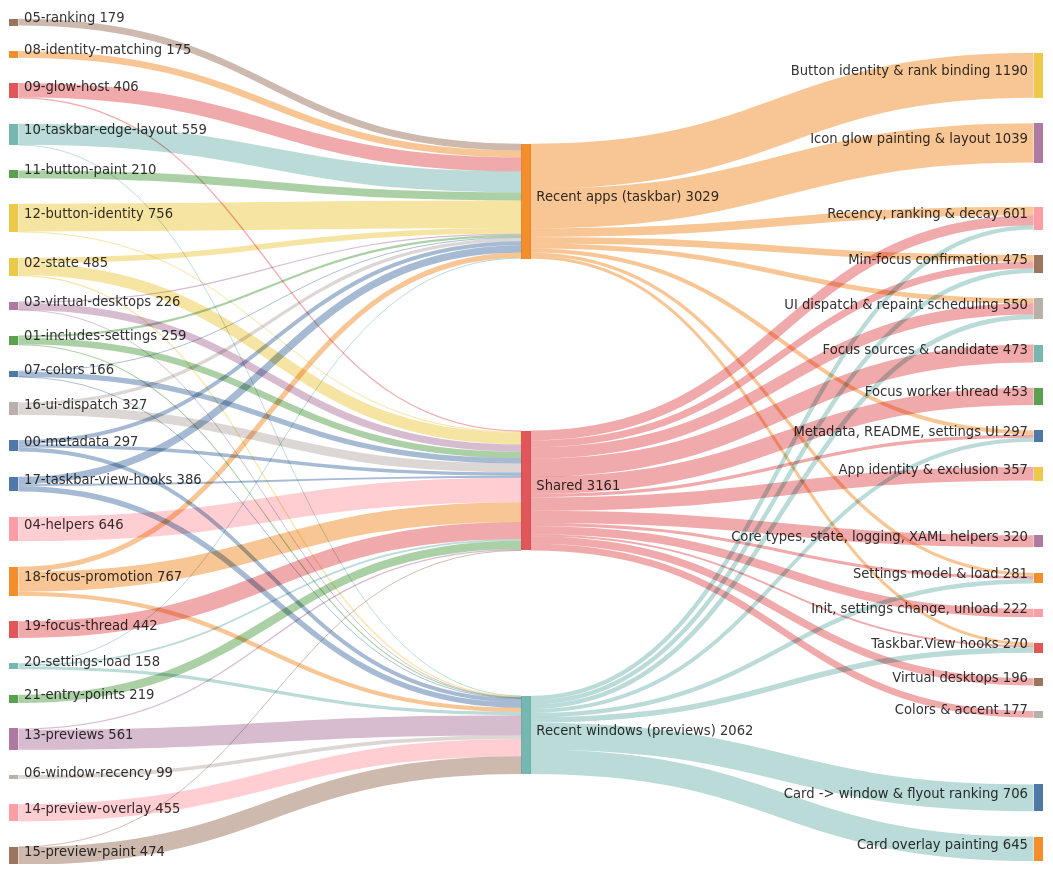
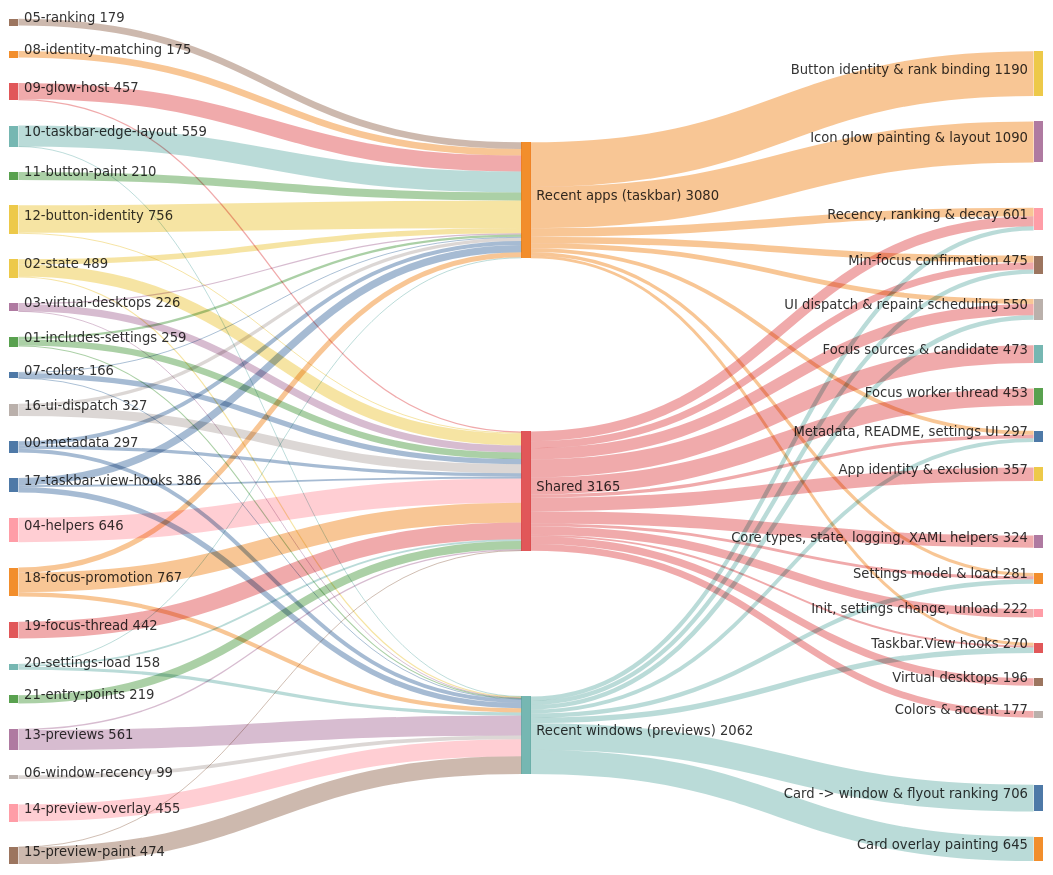
One commit to jvlasek/taskbar-recent-focus-highlight changed the second of 5 diagrams in doc/code/code-breakdown.md. Above: the diagram before and after it, drawn with Mermaid. The commit also changed other lines of this file and 5 other files, not shown here.

```diff
--- a/doc/code/code-breakdown.md
+++ b/doc/code/code-breakdown.md
@@ -44,7 +44,7 @@
 01-includes-settings,"Shared",170
 01-includes-settings,"Recent windows (previews)",28
 02-state,"Recent apps (taskbar)",145
-02-state,"Shared",309
+02-state,"Shared",313
 02-state,"Recent windows (previews)",31
 03-virtual-desktops,"Recent apps (taskbar)",31
 03-virtual-desktops,"Shared",190
@@ -56,7 +56,7 @@
 07-colors,"Shared",139
 07-colors,"Recent windows (previews)",2
 08-identity-matching,"Recent apps (taskbar)",175
-09-glow-host,"Recent apps (taskbar)",373
+09-glow-host,"Recent apps (taskbar)",424
 09-glow-host,"Shared",33
 10-taskbar-edge-layout,"Recent apps (taskbar)",555
 10-taskbar-edge-layout,"Recent windows (previews)",4
@@ -82,7 +82,7 @@
 20-settings-load,"Recent windows (previews)",84
 21-entry-points,"Shared",219
 "Recent apps (taskbar)","Button identity & rank binding",1190
-"Recent apps (taskbar)","Icon glow painting & layout",1039
+"Recent apps (taskbar)","Icon glow painting & layout",1090
 "Recent apps (taskbar)","Recency, ranking & decay",227
 "Recent apps (taskbar)","Min-focus confirmation",175
 "Recent apps (taskbar)","UI dispatch & repaint scheduling",129
@@ -92,7 +92,7 @@
 "Shared","Focus sources & candidate",473
 "Shared","Focus worker thread",453
 "Shared","App identity & exclusion",357
-"Shared","Core types, state, logging, XAML helpers",320
+"Shared","Core types, state, logging, XAML helpers",324
 "Shared","UI dispatch & repaint scheduling",300
 "Shared","Recency, ranking & decay",261
 "Shared","Init, settings change, unload",222
```
